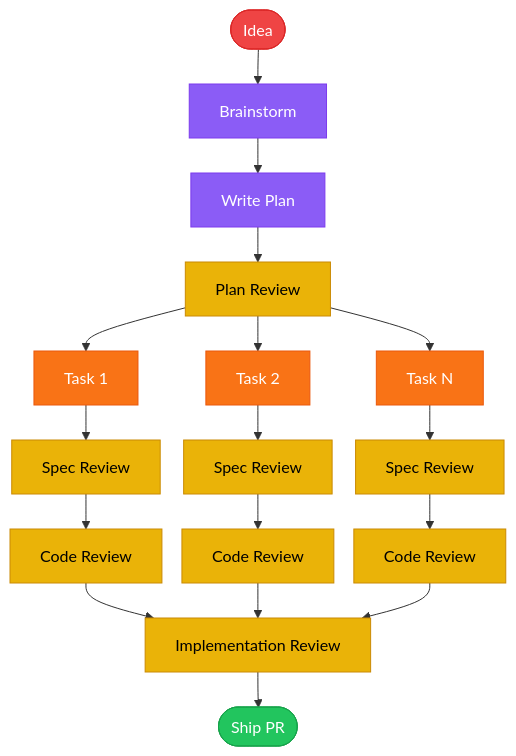
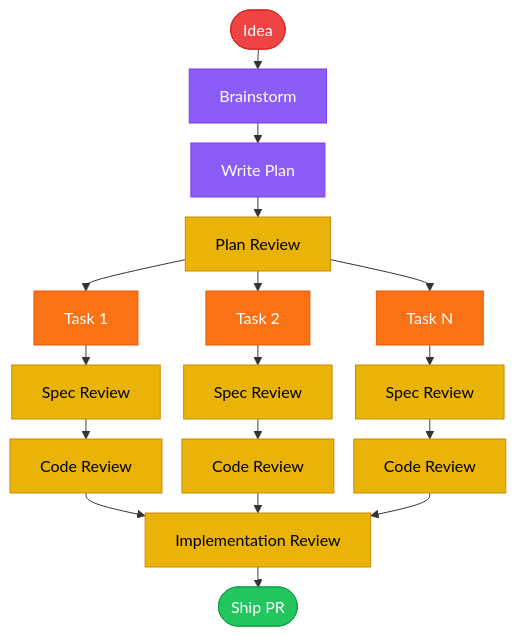
Before and after one commit to nikhilsitaram/claude-caliper: the diagram in README.md, drawn with Mermaid.

Commit message:
docs: reduce mermaid chart rankSpacing for more compact vertical layout

````diff
--- a/README.md
+++ b/README.md
@@ -19,37 +19,37 @@
 ```mermaid
-%%{init: {'flowchart': {'nodeSpacing': 20, 'rankSpacing': 35}}}%%
+%%{init: {'flowchart': {'nodeSpacing': 20, 'rankSpacing': 20}}}%%
 flowchart TD
     A([Idea]) --> B[Brainstorm]
     B --> C[Write Plan]
     C --> D[Plan Review]
 
     D --> T1[Task 1]
     D --> T2[Task 2]
     D --> TN[Task N]
 
     T1 --> S1[Spec Review]
     S1 --> C1[Code Review]
     T2 --> S2[Spec Review]
     S2 --> C2[Code Review]
     TN --> SN[Spec Review]
     SN --> CN[Code Review]
 
     C1 & C2 & CN --> IR[Implementation Review]
     IR --> Ship([Ship PR])
 
     style A    fill:#ef4444,stroke:#dc2626,color:#fff
     style B    fill:#8b5cf6,stroke:#7c3aed,color:#fff
     style C    fill:#8b5cf6,stroke:#7c3aed,color:#fff
     style D    fill:#eab308,stroke:#ca8a04,color:#000
     style T1   fill:#f97316,stroke:#ea580c,color:#fff
     style T2   fill:#f97316,stroke:#ea580c,color:#fff
     style TN   fill:#f97316,stroke:#ea580c,color:#fff
     style S1   fill:#eab308,stroke:#ca8a04,color:#000
     style C1   fill:#eab308,stroke:#ca8a04,color:#000
     style S2   fill:#eab308,stroke:#ca8a04,color:#000
     style C2   fill:#eab308,stroke:#ca8a04,color:#000
     style SN   fill:#eab308,stroke:#ca8a04,color:#000
     style CN   fill:#eab308,stroke:#ca8a04,color:#000
     style IR   fill:#eab308,stroke:#ca8a04,color:#000
     style Ship fill:#22c55e,stroke:#16a34a,color:#fff
 ```
````
